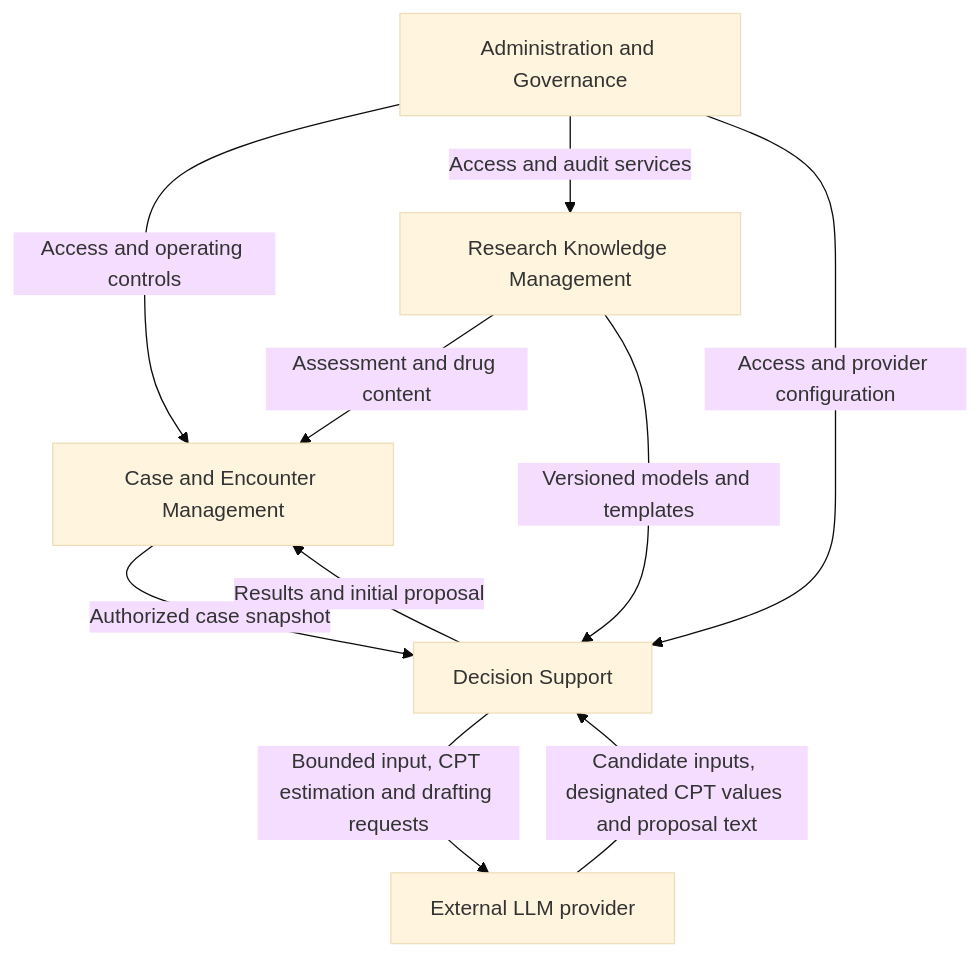
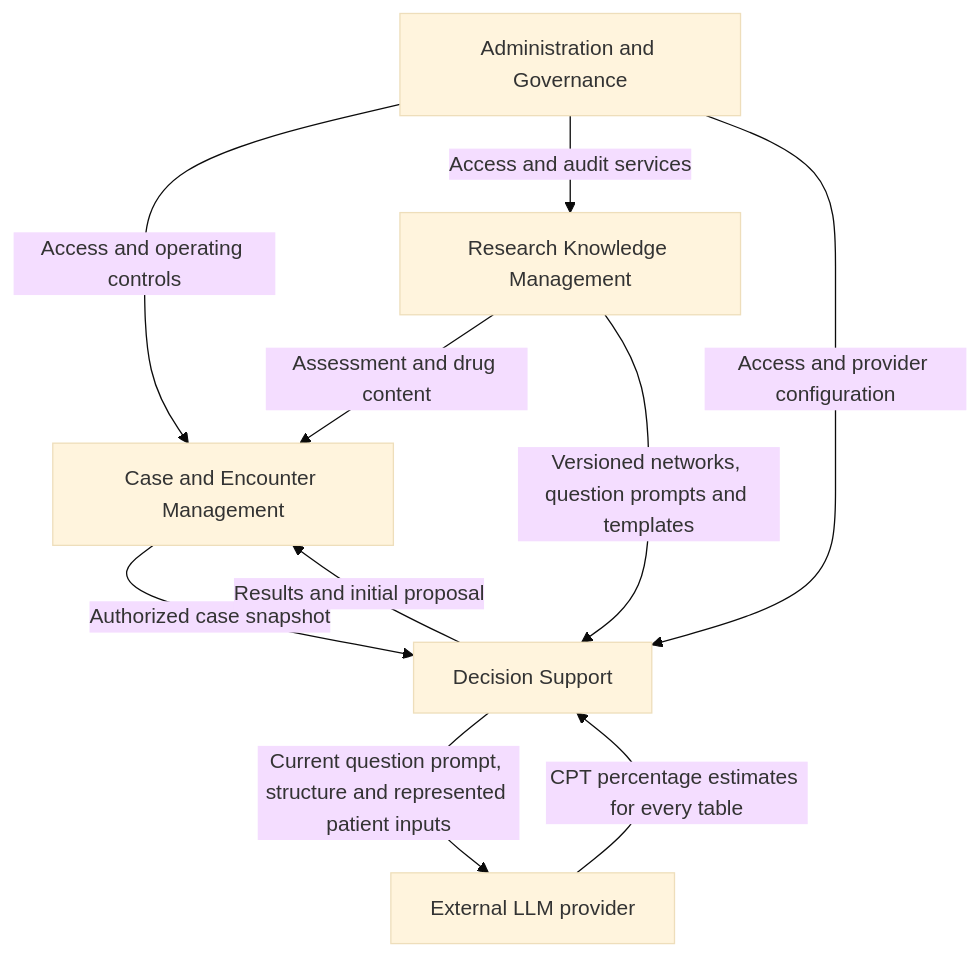
One commit to a-rastin/X-INSIGHT changed the diagram in docs/dev/system-design/system-architecture.md. Above: the diagram before and after it, drawn with Mermaid (base theme). The commit also changed other lines of this file and 61 other files, not shown here.

````diff
--- a/docs/dev/system-design/system-architecture.md
+++ b/docs/dev/system-design/system-architecture.md
@@ -51,12 +51,12 @@
 ```mermaid
 flowchart TD
     S4[Administration and Governance] -->|Access and operating controls| S1[Case and Encounter Management]
     S4 -->|Access and audit services| S2[Research Knowledge Management]
     S4 -->|Access and provider configuration| S3[Decision Support]
     S2 -->|Assessment and drug content| S1
-    S2 -->|Versioned models and templates| S3
+    S2 -->|Versioned networks, question prompts and templates| S3
     S1 -->|Authorized case snapshot| S3
     S3 -->|Results and initial proposal| S1
-    S3 -->|Bounded input, CPT estimation and drafting requests| L[External LLM provider]
-    L -->|Candidate inputs, designated CPT values and proposal text| S3
+    S3 -->|Current question prompt, structure and represented patient inputs| L[External LLM provider]
+    L -->|CPT percentage estimates for every table| S3
 ```
````
